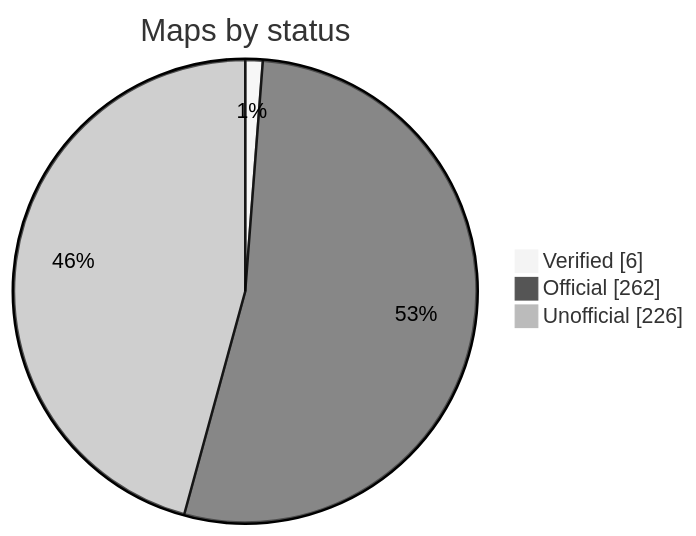
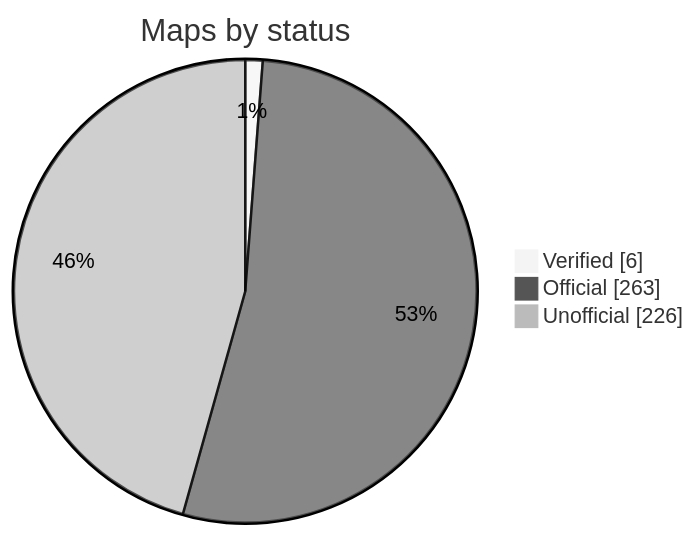
One commit to nobrega8/mbmap-library changed the diagram in README.md. Above: the diagram before and after it, drawn with Mermaid (neutral theme). The commit also changed 2 other files, not shown here.

Commit message:
Add the Yaskawa CR700 map (#74)

````diff
--- a/README.md
+++ b/README.md
@@ -48,7 +48,7 @@
 ```mermaid
 pie showData
     title Maps by status
     "Verified" : 6
-    "Official" : 262
+    "Official" : 263
     "Unofficial" : 226
 ```
````
